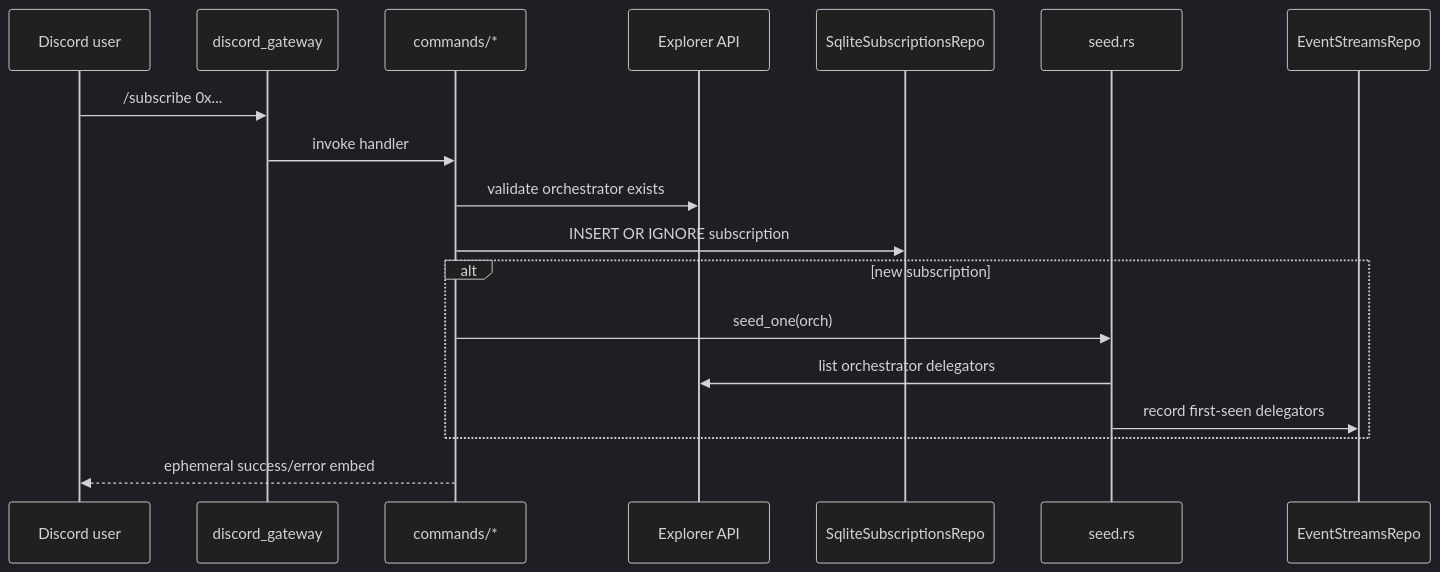
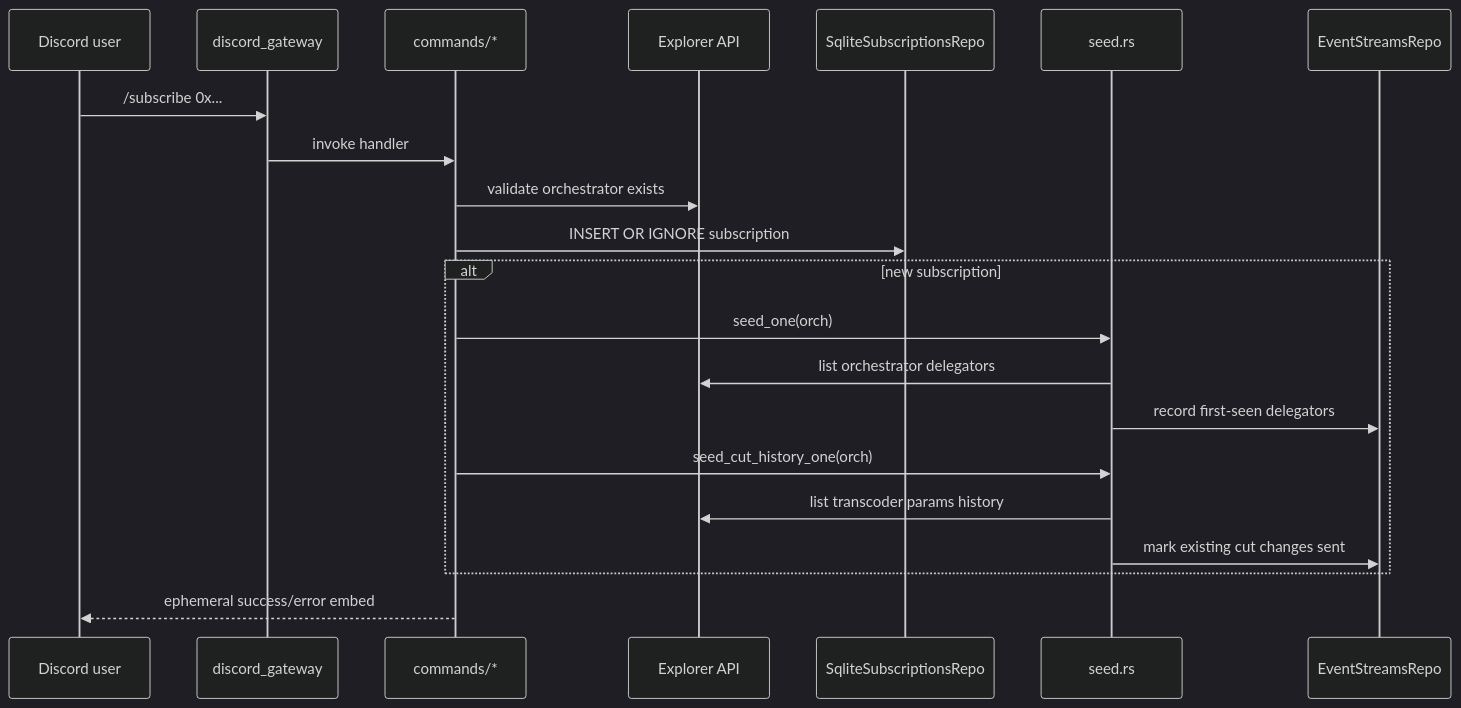
The sixth of 9 diagrams in docs/design-docs/architecture.md (Cloud-SPE/livepeer-network-bot), drawn with Mermaid (dark theme) before and after one commit. The commit also changed other lines of this file and 23 other files, not shown here.

````diff
--- a/docs/design-docs/architecture.md
+++ b/docs/design-docs/architecture.md
@@ -270,21 +272,24 @@
 ```mermaid
 sequenceDiagram
     participant User as Discord user
     participant Gateway as discord_gateway
     participant Cmd as commands/*
     participant Explorer as Explorer API
     participant Subs as SqliteSubscriptionsRepo
     participant Seed as seed.rs
     participant Streams as EventStreamsRepo
 
     User->>Gateway: /subscribe 0x...
     Gateway->>Cmd: invoke handler
     Cmd->>Explorer: validate orchestrator exists
     Cmd->>Subs: INSERT OR IGNORE subscription
     alt new subscription
         Cmd->>Seed: seed_one(orch)
         Seed->>Explorer: list orchestrator delegators
         Seed->>Streams: record first-seen delegators
+        Cmd->>Seed: seed_cut_history_one(orch)
+        Seed->>Explorer: list transcoder params history
+        Seed->>Streams: mark existing cut changes sent
     end
     Cmd-->>User: ephemeral success/error embed
 ```
````
